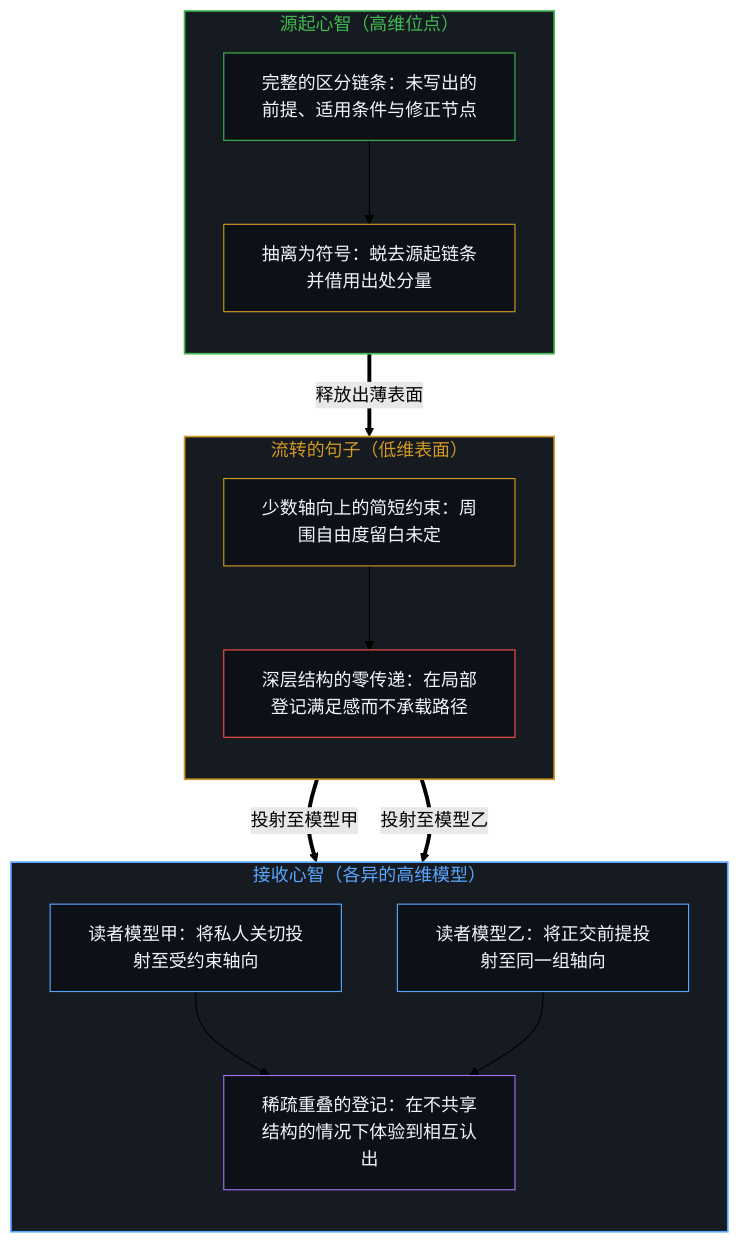
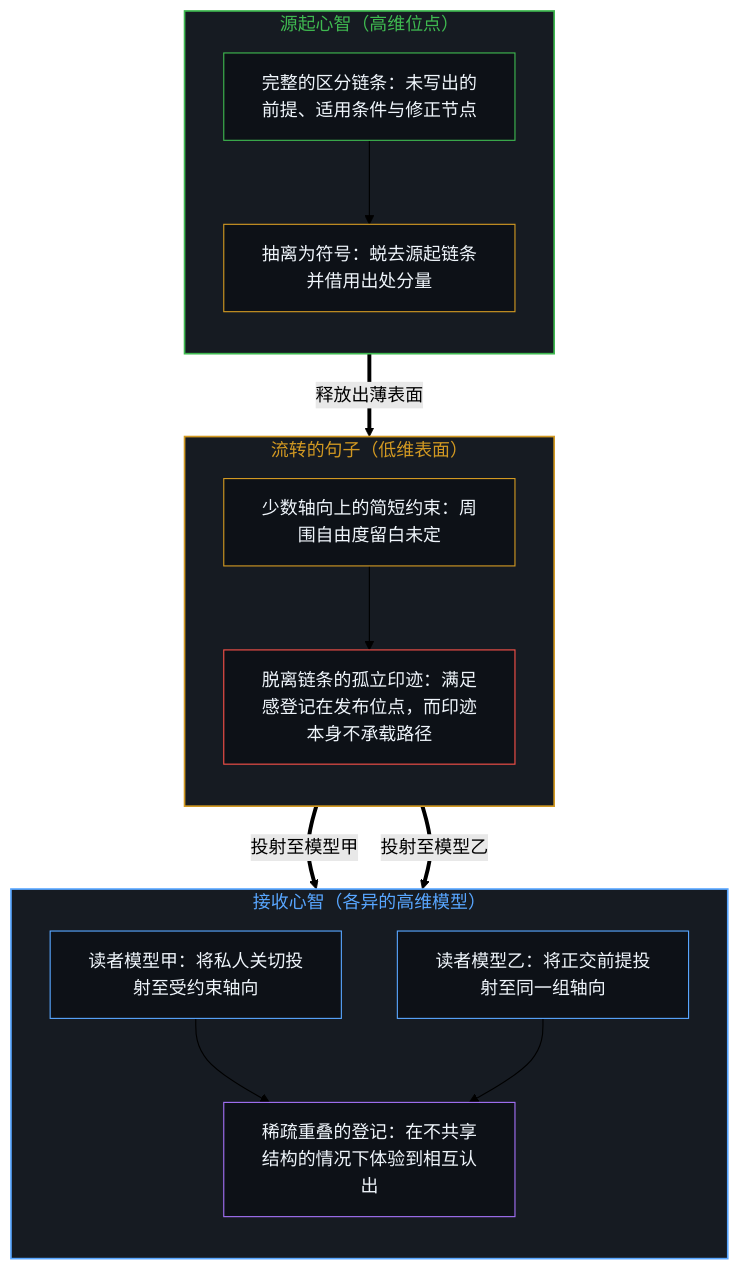
The first of 4 diagrams in content/posts/the-surface-that-registers.md (powerpig99/not-a-toe), drawn with Mermaid (forest theme) before and after one commit. The commit also changed other lines of this file and 9 other files, not shown here.

````diff
--- a/content/posts/the-surface-that-registers.md
+++ b/content/posts/the-surface-that-registers.md
@@ -27,36 +27,36 @@
 ```mermaid
 flowchart TD
     subgraph S_Orig["源起心智（高维位点）"]
         direction TB
         O_Chain["完整的区分链条：未写出的前提、适用条件与修正节点"]
         O_Drop["抽离为符号：蜕去源起链条并借用出处分量"]
         O_Chain --> O_Drop
     end
     subgraph S_Surf["流转的句子（低维表面）"]
         direction TB
         Surf_Axes["少数轴向上的简短约束：周围自由度留白未定"]
-        Surf_Zero["深层结构的零传递：在局部登记满足感而不承载路径"]
+        Surf_Zero["脱离链条的孤立印迹：满足感登记在发布位点，而印迹本身不承载路径"]
         Surf_Axes --> Surf_Zero
     end
     subgraph S_Read["接收心智（各异的高维模型）"]
         direction TB
         R_MapA["读者模型甲：将私人关切投射至受约束轴向"]
         R_MapB["读者模型乙：将正交前提投射至同一组轴向"]
         R_Res["稀疏重叠的登记：在不共享结构的情况下体验到相互认出"]
         R_MapA --> R_Res
         R_MapB --> R_Res
     end
     O_Drop ==>|"释放出薄表面"| Surf_Axes
     Surf_Zero ==>|"投射至模型甲"| R_MapA
     Surf_Zero ==>|"投射至模型乙"| R_MapB
     style S_Orig fill:#161b22,stroke:#3fb950,stroke-width:1.5px,color:#3fb950
     style S_Surf fill:#161b22,stroke:#d29922,stroke-width:1.5px,color:#d29922
     style S_Read fill:#161b22,stroke:#58a6ff,stroke-width:1.5px,color:#58a6ff
     style O_Chain fill:#0d1117,stroke:#3fb950,stroke-width:1px,color:#f0f6fc
     style O_Drop fill:#0d1117,stroke:#d29922,stroke-width:1px,color:#f0f6fc
     style Surf_Axes fill:#0d1117,stroke:#d29922,stroke-width:1px,color:#f0f6fc
     style Surf_Zero fill:#0d1117,stroke:#f85149,stroke-width:1px,color:#f0f6fc
     style R_MapA fill:#0d1117,stroke:#58a6ff,stroke-width:1px,color:#f0f6fc
     style R_MapB fill:#0d1117,stroke:#58a6ff,stroke-width:1px,color:#f0f6fc
     style R_Res fill:#0d1117,stroke:#a371f7,stroke-width:1px,color:#f0f6fc
 ```
````
